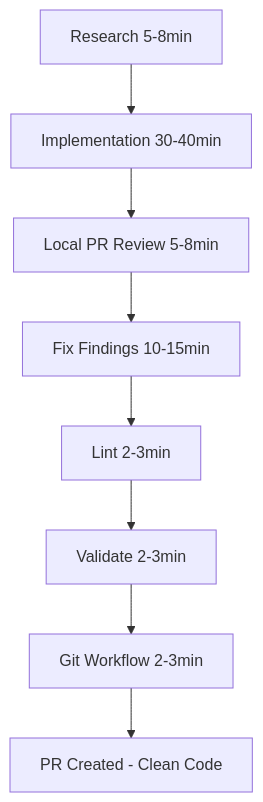
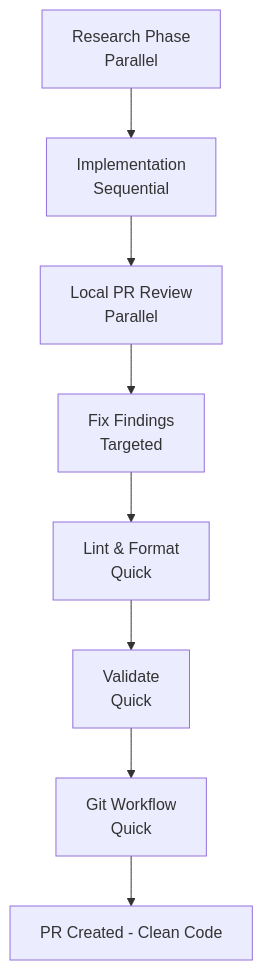
The third of 8 diagrams in docs/typical-workflows.md (thomasholknielsen/claude-code-config), drawn with Mermaid before and after one commit. The commit also changed other lines of this file and 130 other files, not shown here.

````diff
--- a/docs/typical-workflows.md
+++ b/docs/typical-workflows.md
@@ -193,10 +181,10 @@
 ```mermaid
 graph TD
-    A[Research 5-8min] --> B[Implementation 30-40min]
-    B --> C[Local PR Review 5-8min]
-    C --> D[Fix Findings 10-15min]
-    D --> E[Lint 2-3min]
-    E --> F[Validate 2-3min]
-    F --> G[Git Workflow 2-3min]
+    A[Research Phase<br/>Parallel] --> B[Implementation<br/>Sequential]
+    B --> C[Local PR Review<br/>Parallel]
+    C --> D[Fix Findings<br/>Targeted]
+    D --> E[Lint & Format<br/>Quick]
+    E --> F[Validate<br/>Quick]
+    F --> G[Git Workflow<br/>Quick]
     G --> H[PR Created - Clean Code]
 ```
````
